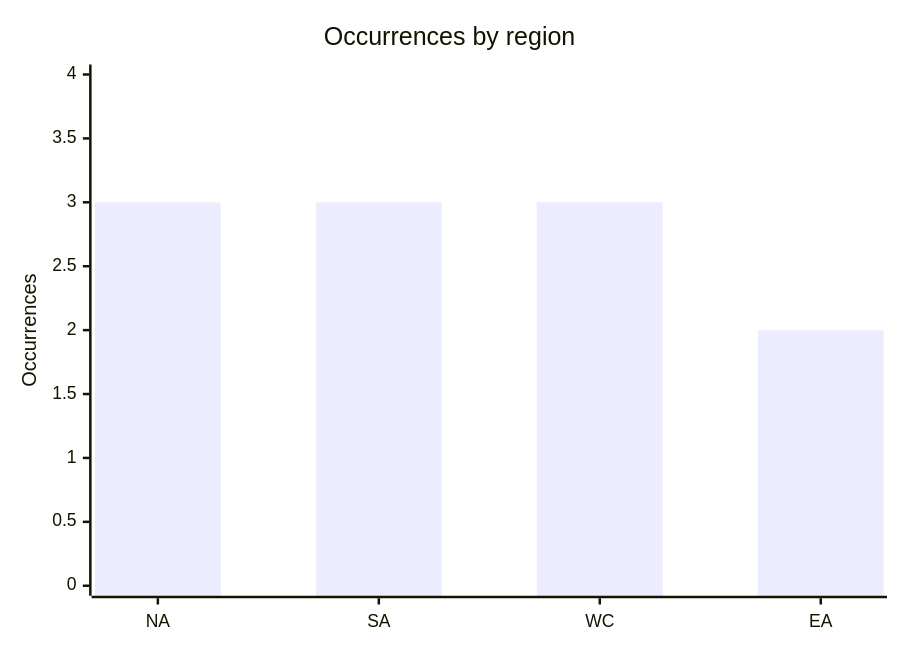
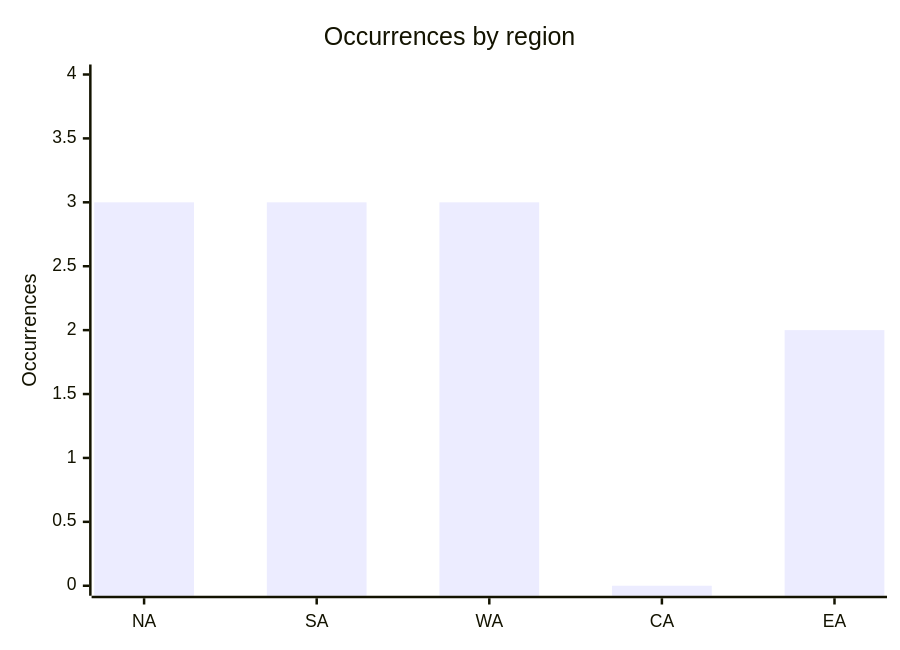
One commit to Hatchepsoute/AFRINTEL changed the fourth of 6 diagrams in CyberAttackAfrica/2025/03-march/README.md. Above: the diagram before and after it, drawn with Mermaid. The commit also changed other lines of this file and 109 other files, not shown here.

````diff
--- a/CyberAttackAfrica/2025/03-march/README.md
+++ b/CyberAttackAfrica/2025/03-march/README.md
@@ -125,7 +126,7 @@
 ```mermaid
 xychart
     title "Occurrences by region"
-    x-axis ["NA","SA","WC","EA"]
+    x-axis ["NA","SA","WA","CA","EA"]
     y-axis "Occurrences" 0 --> 4
-    bar [3,3,3,2]
+    bar [3,3,3,0,2]
 ```
````
